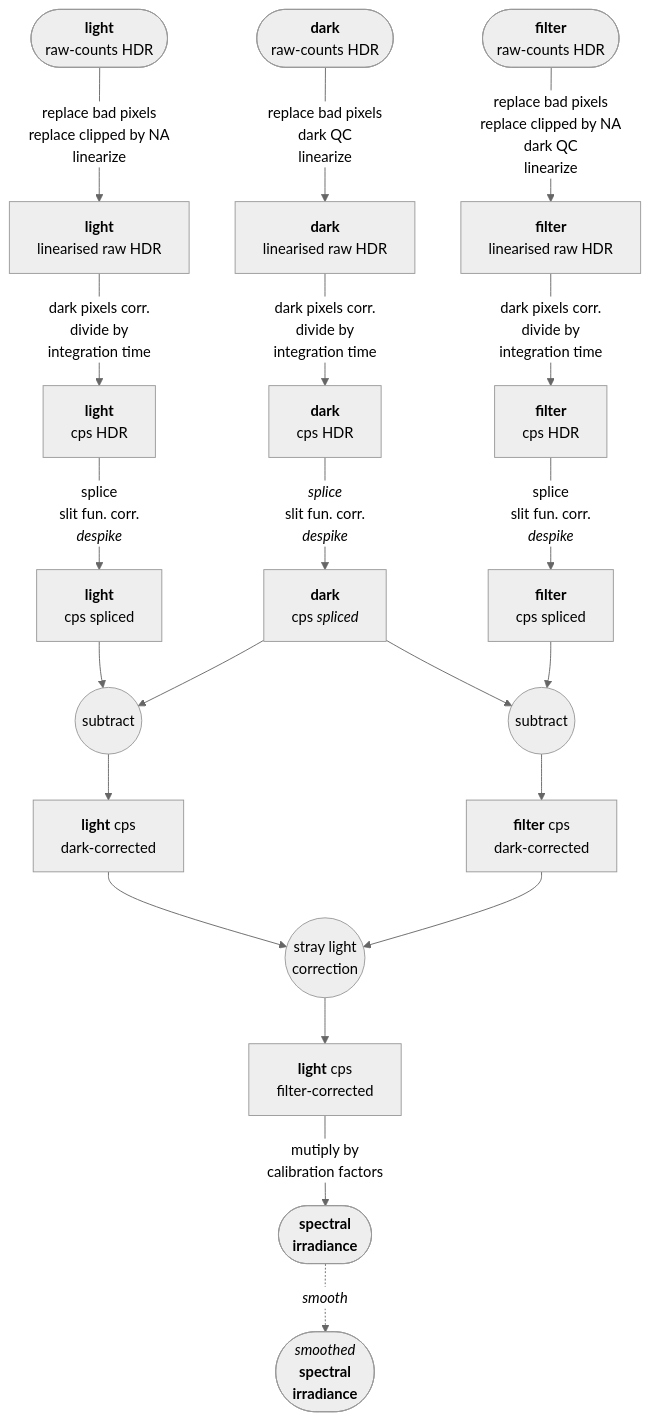
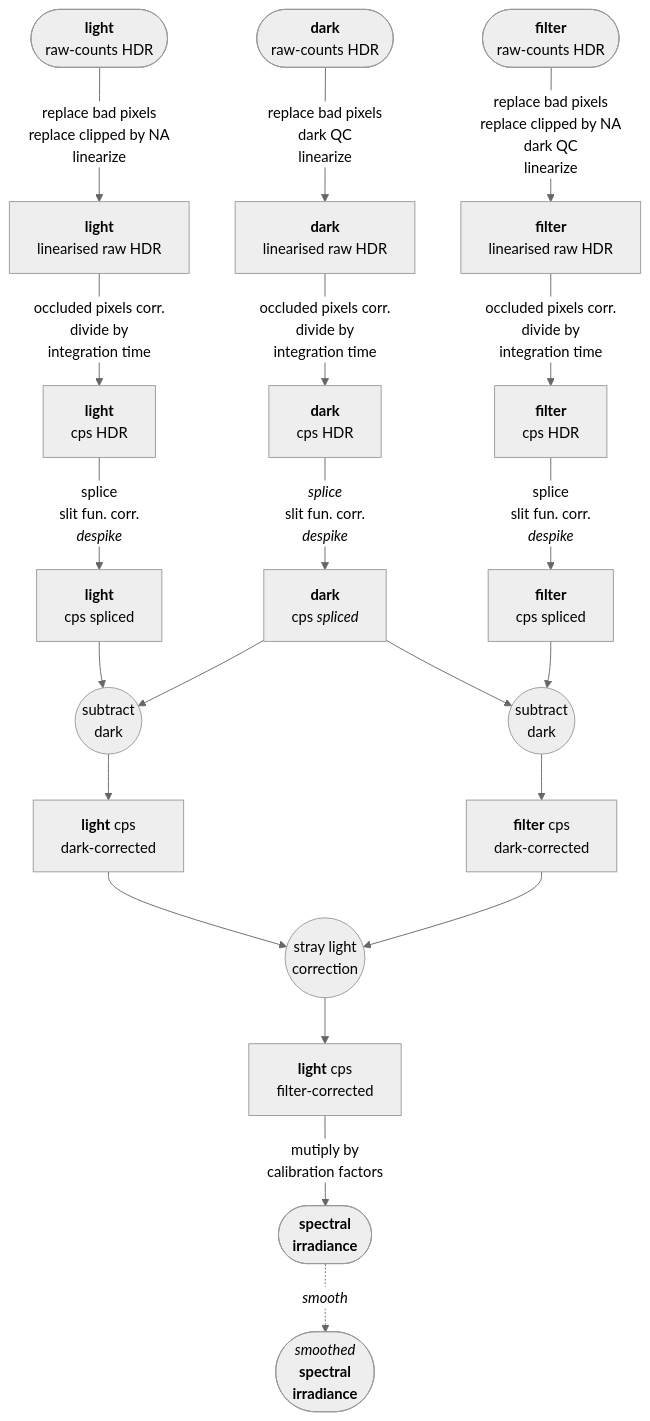
The first of 4 diagrams in pages/ooacquire-algorithms.qmd (aphalo/r4p-blog), drawn with Mermaid (neutral theme) before and after one commit. The commit also changed other lines of this file and 69 other files, not shown here.

Commit message:
Algorithms: add diagrams

````diff
--- a/pages/ooacquire-algorithms.qmd
+++ b/pages/ooacquire-algorithms.qmd
@@ -124,32 +123,32 @@
 ```{mermaid}
 %%| label: fig-data-flow-generic
 %%| fig-cap: Data flow for conversion of raw-counts into spectral irradiance when using the protocols `"lfd"` or `"dfl"`. The **dark** spectrum is never spliced as the longest integration time is the best across all wavelengths and used as is. QC stands for Quality Control and is applied to wavelengths expected to be subject only to dark noise.
 %%| fig-align: center
 %%| 
 flowchart TB
 
 lr([<b>light</b>\nraw-counts HDR]) --replace bad pixels\nreplace clipped by NA\nlinearize--> ll[<b>light</b>\nlinearised raw HDR]
---dark pixels corr.\ndivide by\nintegration time--> lc[<b>light</b>\ncps HDR] 
+-->|occluded pixels corr.\ndivide by\nintegration time| lc[<b>light</b>\ncps HDR] 
 --splice\nslit fun. corr.\n<i>despike</i>--> l[<b>light</b>\ncps spliced]
 
 dr([<b>dark</b>\nraw-counts HDR]) --replace bad pixels\ndark QC\nlinearize--> dl[<b>dark</b>\nlinearised raw HDR]
---dark pixels corr.\ndivide by\nintegration time --> dc[<b>dark</b>\ncps HDR] 
+-->|occluded pixels corr.\ndivide by\nintegration time| dc[<b>dark</b>\ncps HDR] 
 --<i>splice</i>\nslit fun. corr.\n<i>despike</i>--> d[<b>dark</b>\ncps <i>spliced</i>]
 
 fr([<b>filter</b>\nraw-counts HDR]) --replace bad pixels\nreplace clipped by NA\ndark QC\nlinearize
 --> fl[<b>filter</b>\nlinearised raw HDR]
---dark pixels corr.\ndivide by\nintegration time --> fc[<b>filter</b>\ncps HDR] 
+-->|occluded pixels corr.\ndivide by\nintegration time| fc[<b>filter</b>\ncps HDR] 
 --splice\nslit fun. corr.\n<i>despike</i>--> f[<b>filter</b>\ncps spliced]
 
-l --> lm(("subtract")) --> ldc[<b>light</b> cps\ndark-corrected]
+l --> lm(("subtract\ndark")) --> ldc[<b>light</b> cps\ndark-corrected]
 d --> lm
-f --> fm(("subtract")) --> fdc[<b>filter</b> cps\ndark-corrected]
+f --> fm(("subtract\ndark")) --> fdc[<b>filter</b> cps\ndark-corrected]
 d --> fm
 
 ldc --> slc(("stray light\ncorrection")) --> cc[<b>light</b> cps\nfilter-corrected]
 fdc --> slc
 
 cc --mutiply by\ncalibration factors--> irrad([<b>spectral\nirradiance</b>])
 irrad -.->|<i>smooth</i>|sirrad([<i>smoothed</i>\n<b>spectral\nirradiance</b>]) 
 
 ```
````
